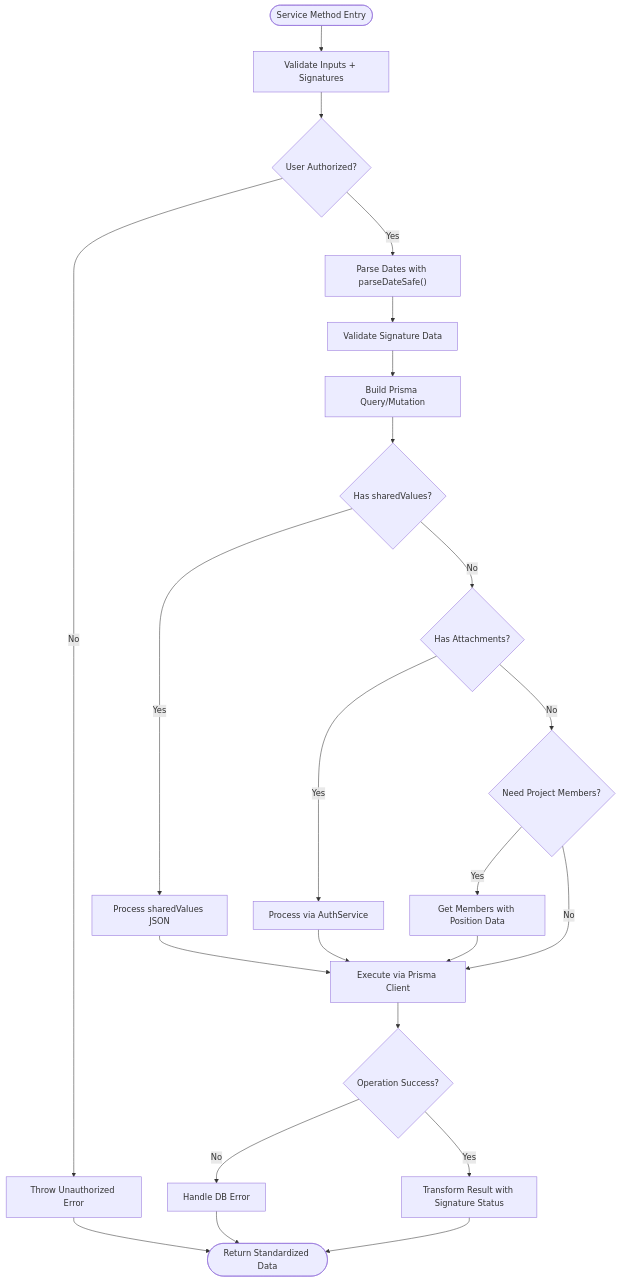
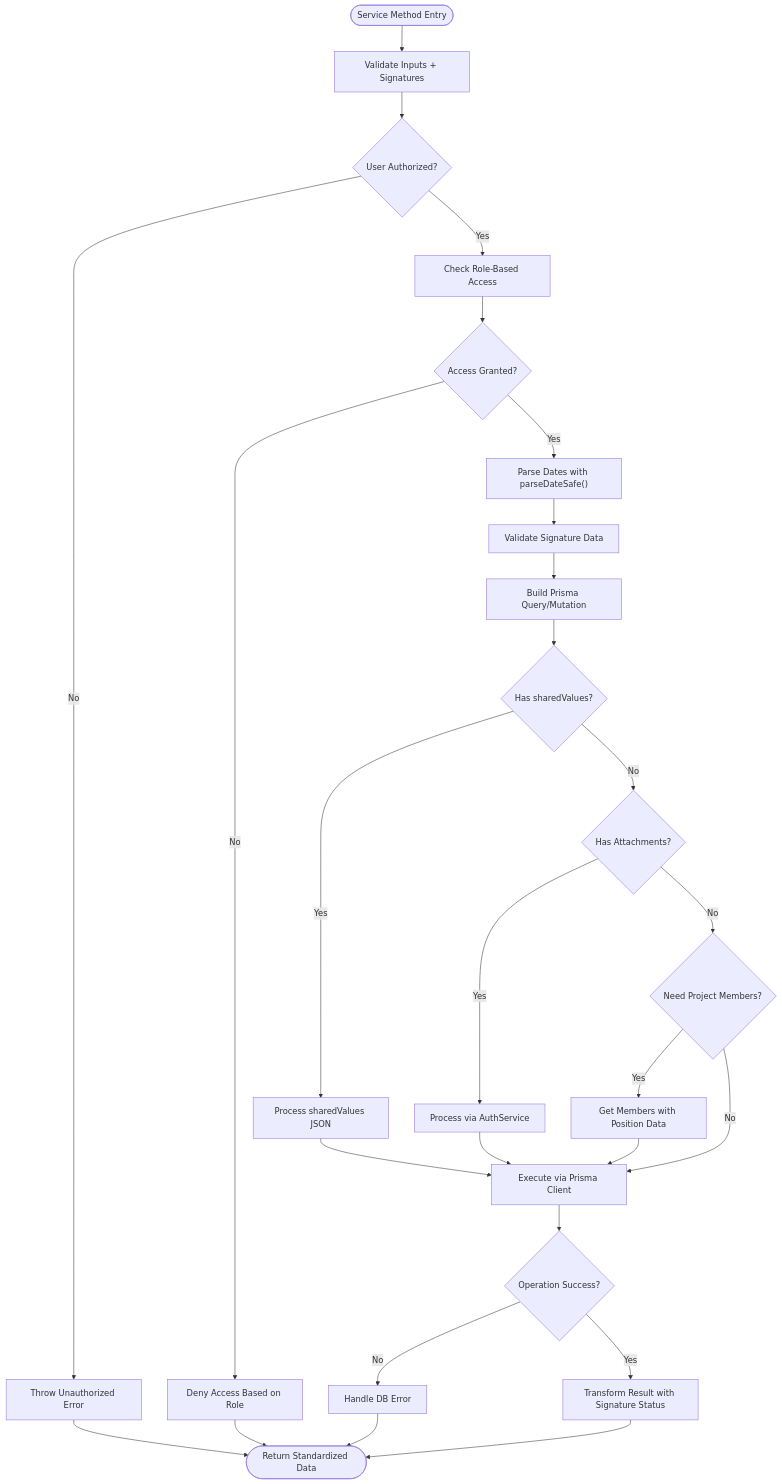
The fourth of 11 diagrams in .qoder/repowiki/en/content/Arquitetura Backend/Módulos do Sistema/Timesheet Semanal - Módulo Backend.md (RobertRuas/windlog), drawn with Mermaid before and after one commit. The commit also changed other lines of this file and 18 other files, not shown here.

````diff
--- a/.qoder/repowiki/en/content/Arquitetura Backend/Módulos do Sistema/Timesheet Semanal - Módulo Backend.md
+++ b/.qoder/repowiki/en/content/Arquitetura Backend/Módulos do Sistema/Timesheet Semanal - Módulo Backend.md
@@ -289,25 +307,29 @@
 ```mermaid
 flowchart TD
 Start(["Service Method Entry"]) --> Validate["Validate Inputs + Signatures"]
 Validate --> CheckAuth{"User Authorized?"}
 CheckAuth --> |No| ThrowError["Throw Unauthorized Error"]
-CheckAuth --> |Yes| ParseDates["Parse Dates with parseDateSafe()"]
+CheckAuth --> |Yes| CheckAccessControl["Check Role-Based Access"]
+CheckAccessControl --> AccessGranted{"Access Granted?"}
+AccessGranted --> |No| DenyAccess["Deny Access Based on Role"]
+AccessGranted --> |Yes| ParseDates["Parse Dates with parseDateSafe()"]
 ParseDates --> ValidateSignatures["Validate Signature Data"]
 ValidateSignatures --> BuildQuery["Build Prisma Query/Mutation"]
 BuildQuery --> HandleSharedValues{"Has sharedValues?"}
 HandleSharedValues --> |Yes| ProcessSharedValues["Process sharedValues JSON"]
 HandleSharedValues --> |No| CheckAttachments{"Has Attachments?"}
 CheckAttachments --> |Yes| ProcessAttachments["Process via AuthService"]
 CheckAttachments --> |No| CheckProjectMembers{"Need Project Members?"}
 CheckProjectMembers --> |Yes| GetMembersWithPositions["Get Members with Position Data"]
 CheckProjectMembers --> |No| Execute["Execute via Prisma Client"]
 GetMembersWithPositions --> Execute
 ProcessSharedValues --> Execute
 ProcessAttachments --> Execute
 Execute --> Success{"Operation Success?"}
 Success --> |No| HandleError["Handle DB Error"]
 Success --> |Yes| Transform["Transform Result with Signature Status"]
 Transform --> Return(["Return Standardized Data"])
 HandleError --> Return
 ThrowError --> Return
+DenyAccess --> Return
 ```
````
